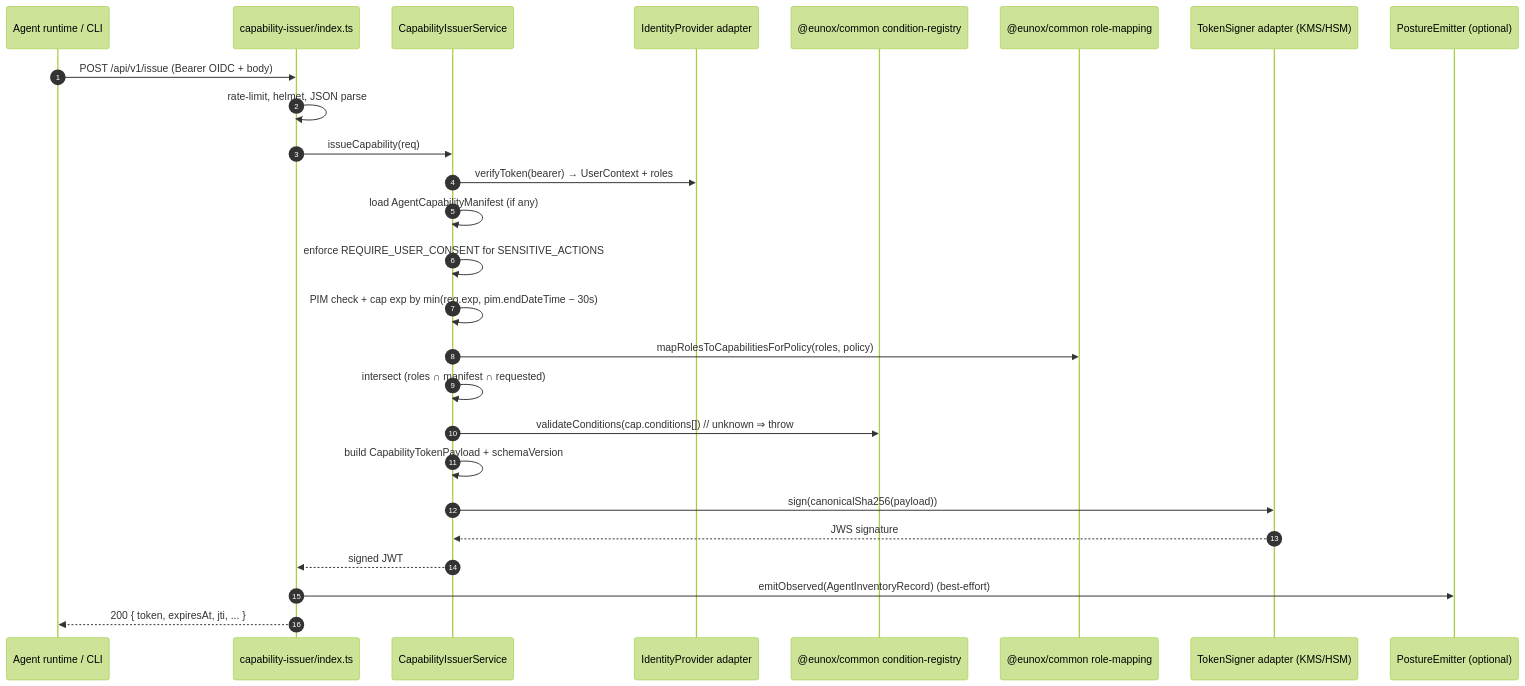
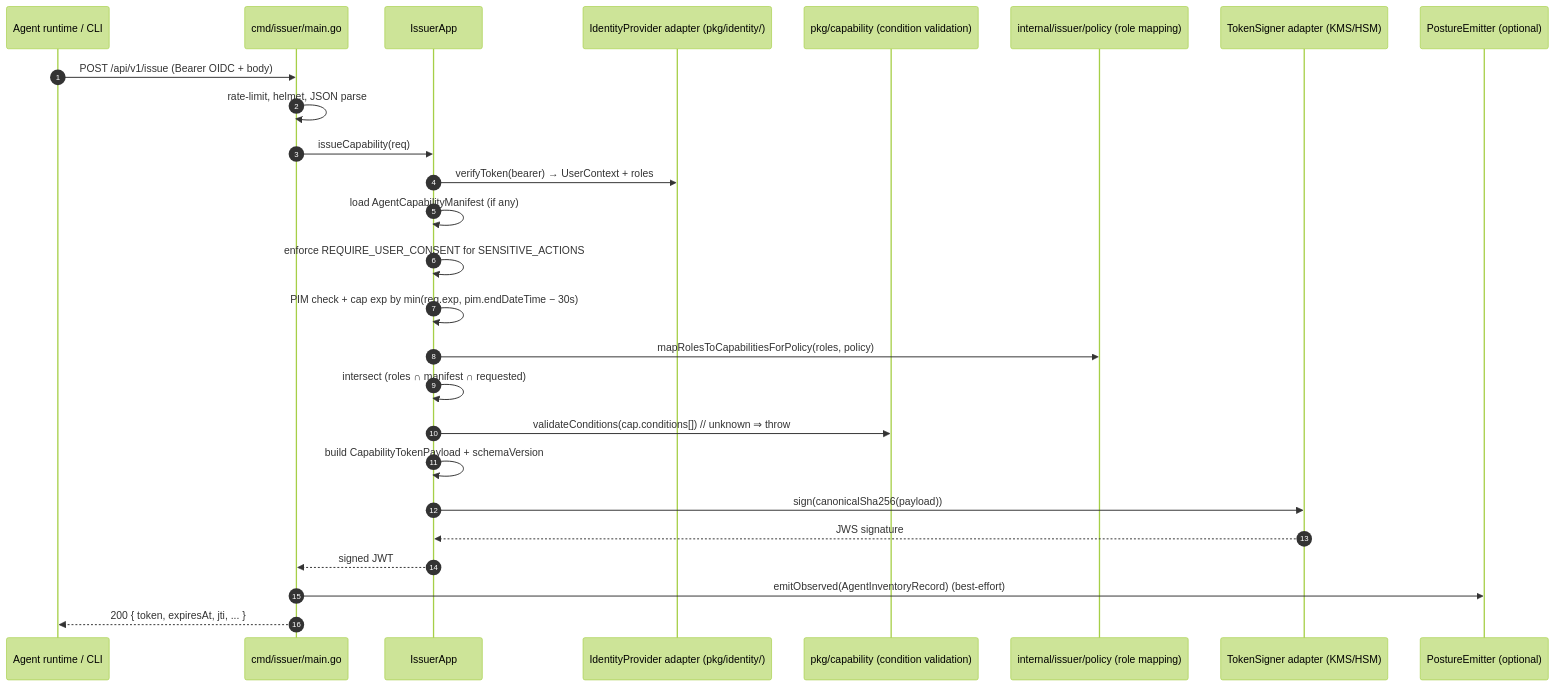
The eighth of 14 diagrams in docs/ARCHITECTURE.md (eunolabs/eunox), drawn with Mermaid (forest theme) before and after one commit. The commit also changed other lines of this file, not shown here.

Commit message:
docs: begin updating TypeScript references to Go in ARCHITECTURE.md

````diff
--- a/docs/ARCHITECTURE.md
+++ b/docs/ARCHITECTURE.md
@@ -409,29 +409,29 @@
 ```mermaid
 sequenceDiagram
     autonumber
     participant Caller as Agent runtime / CLI
-    participant API as capability-issuer/index.ts
-    participant Svc as CapabilityIssuerService
-    participant IdP as IdentityProvider adapter
-    participant Cond as @eunox/common condition-registry
-    participant Roles as @eunox/common role-mapping
+    participant API as cmd/issuer/main.go
+    participant Svc as IssuerApp
+    participant IdP as IdentityProvider adapter (pkg/identity/)
+    participant Cond as pkg/capability (condition validation)
+    participant Roles as internal/issuer/policy (role mapping)
     participant KMS as TokenSigner adapter (KMS/HSM)
     participant Post as PostureEmitter (optional)
 
     Caller->>API: POST /api/v1/issue (Bearer OIDC + body)
     API->>API: rate-limit, helmet, JSON parse
     API->>Svc: issueCapability(req)
     Svc->>IdP: verifyToken(bearer) → UserContext + roles
     Svc->>Svc: load AgentCapabilityManifest (if any)
     Svc->>Svc: enforce REQUIRE_USER_CONSENT for SENSITIVE_ACTIONS
     Svc->>Svc: PIM check + cap exp by min(req.exp, pim.endDateTime − 30s)
     Svc->>Roles: mapRolesToCapabilitiesForPolicy(roles, policy)
     Svc->>Svc: intersect (roles ∩ manifest ∩ requested)
     Svc->>Cond: validateConditions(cap.conditions[])  // unknown ⇒ throw
     Svc->>Svc: build CapabilityTokenPayload + schemaVersion
     Svc->>KMS: sign(canonicalSha256(payload))
     KMS-->>Svc: JWS signature
     Svc-->>API: signed JWT
     API->>Post: emitObserved(AgentInventoryRecord)  (best-effort)
     API-->>Caller: 200 { token, expiresAt, jti, ... }
 ```
````
